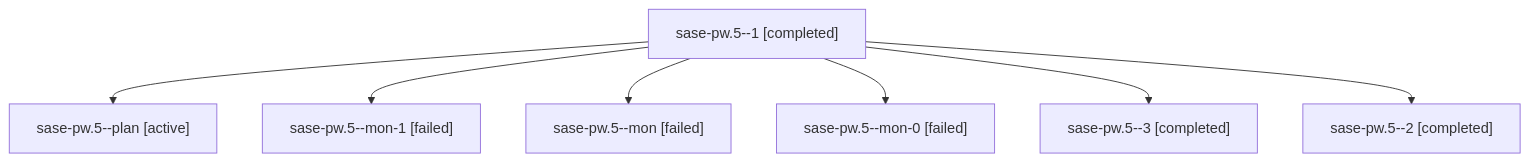
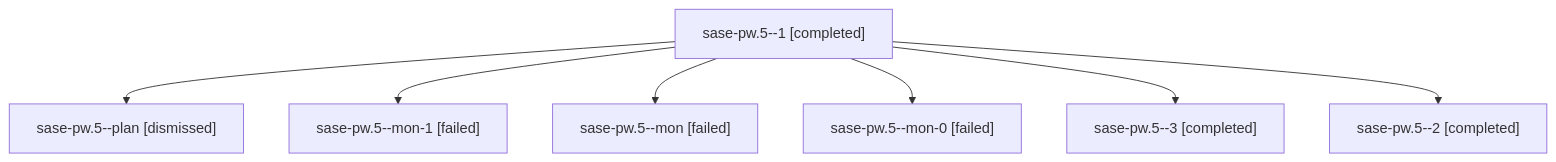
The diagram in sessions/bbugyi200.athena.sase-pw.5.md (sase-org/sase--agents), drawn with Mermaid before and after one commit. The commit also changed other lines of this file and 133 other files, not shown here.

````diff
--- a/sessions/bbugyi200.athena.sase-pw.5.md
+++ b/sessions/bbugyi200.athena.sase-pw.5.md
@@ -9,16 +9,16 @@
 ```mermaid
 flowchart TD
   n0["sase-pw.5--1 [completed]"]
-  n1["sase-pw.5--plan [active]"]
+  n1["sase-pw.5--plan [dismissed]"]
   n0 --> n1
   n2["sase-pw.5--mon-1 [failed]"]
   n0 --> n2
   n3["sase-pw.5--mon [failed]"]
   n0 --> n3
   n4["sase-pw.5--mon-0 [failed]"]
   n0 --> n4
   n5["sase-pw.5--3 [completed]"]
   n0 --> n5
   n6["sase-pw.5--2 [completed]"]
   n0 --> n6
 ```
````
